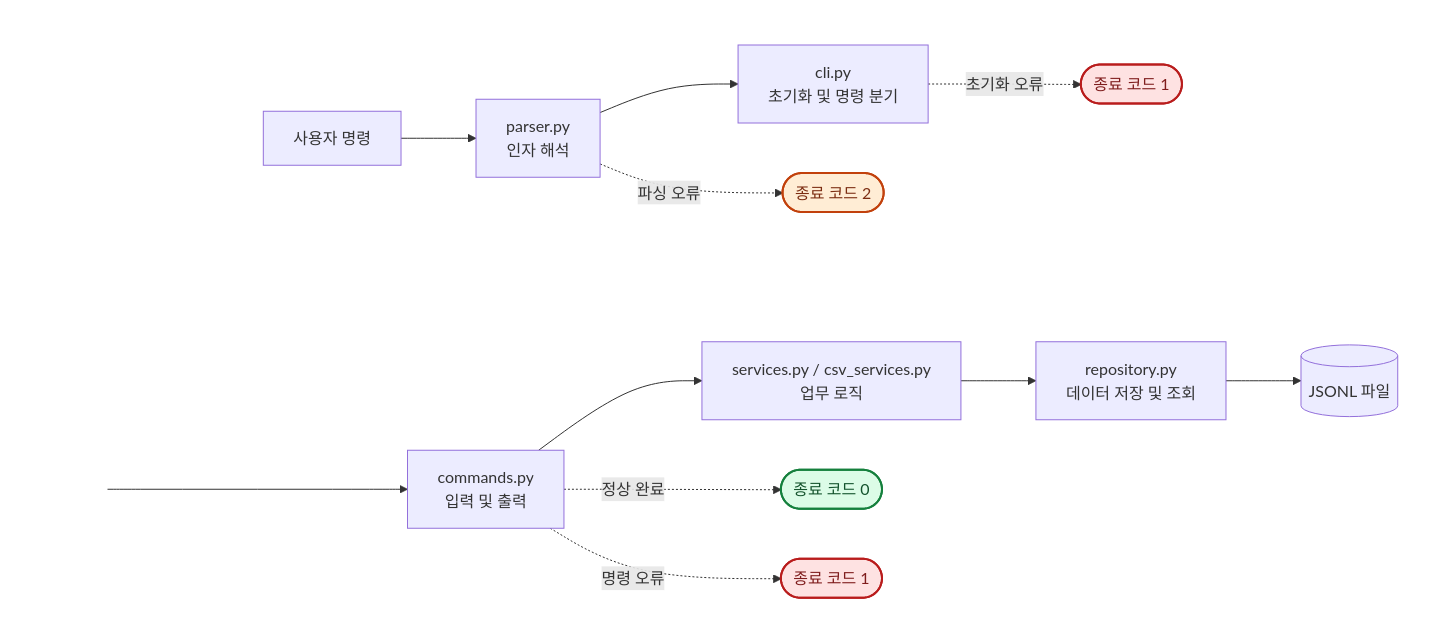
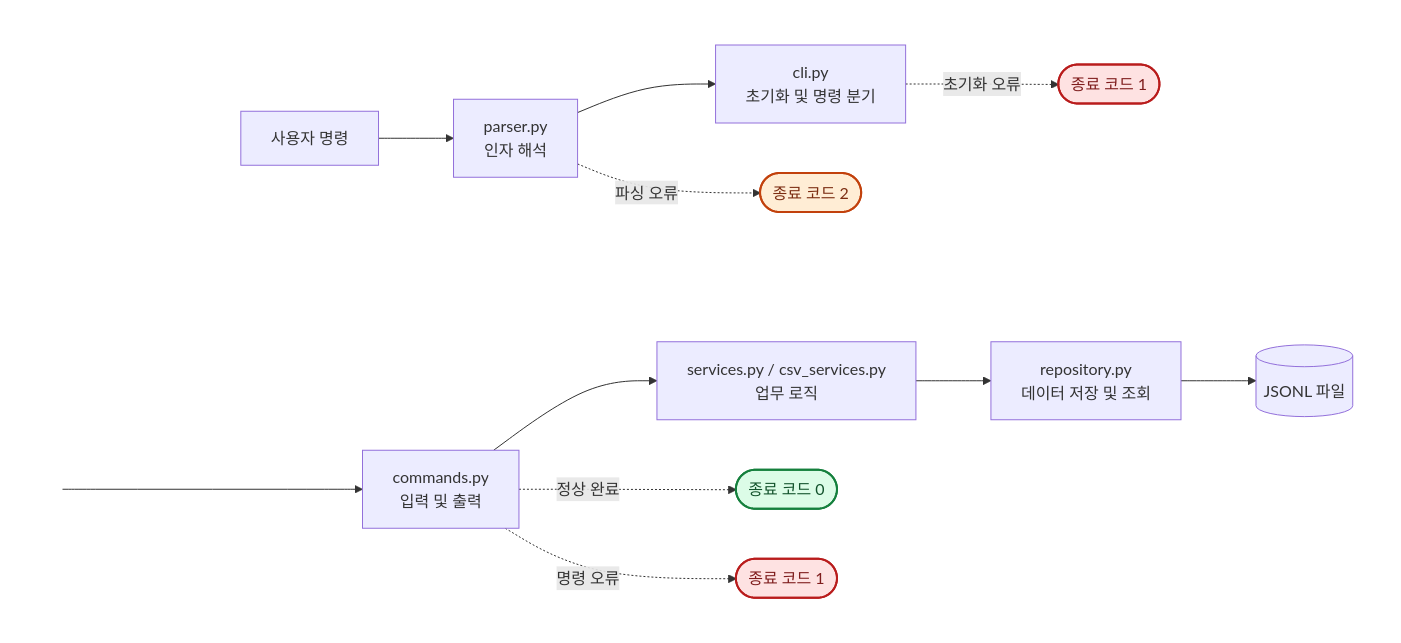
One commit to bllancck/B2-1.py-ledger-cli changed the diagram in README.md. Above: the diagram before and after it, drawn with Mermaid.

Commit message:
docs: extend command flow arrow

````diff
--- a/README.md
+++ b/README.md
@@ -58,34 +58,34 @@
 ```mermaid
 flowchart TB
     subgraph first_row[" "]
         direction LR
         user[사용자 명령] --> parser[parser.py<br/>인자 해석]
         parser --> cli[cli.py<br/>초기화 및 명령 분기]
         parser -. 파싱 오류 .-> exit2([종료 코드 2])
         cli -. 초기화 오류 .-> init_error([종료 코드 1])
     end
 
     subgraph second_row[" "]
         direction LR
-        next[" "] -----> commands[commands.py<br/>입력 및 출력]
+        next(( )) -----> commands[commands.py<br/>입력 및 출력]
         services[services.py / csv_services.py<br/>업무 로직]
         commands --> services
         services --> repository[repository.py<br/>데이터 저장 및 조회]
         repository --> files[(JSONL 파일)]
         commands -. 정상 완료 .-> exit0([종료 코드 0])
         commands -. 명령 오류 .-> command_error([종료 코드 1])
     end
 
     first_row ~~~ second_row
 
     style first_row fill:none,stroke:none
     style second_row fill:none,stroke:none
     style next fill:none,stroke:none
 
     classDef exitSuccess fill:#dcfce7,stroke:#15803d,color:#14532d,stroke-width:2px
     classDef exitError fill:#fee2e2,stroke:#b91c1c,color:#7f1d1d,stroke-width:2px
     classDef exitParse fill:#ffedd5,stroke:#c2410c,color:#7c2d12,stroke-width:2px
     class exit0 exitSuccess
     class init_error,command_error exitError
     class exit2 exitParse
 ```
````
